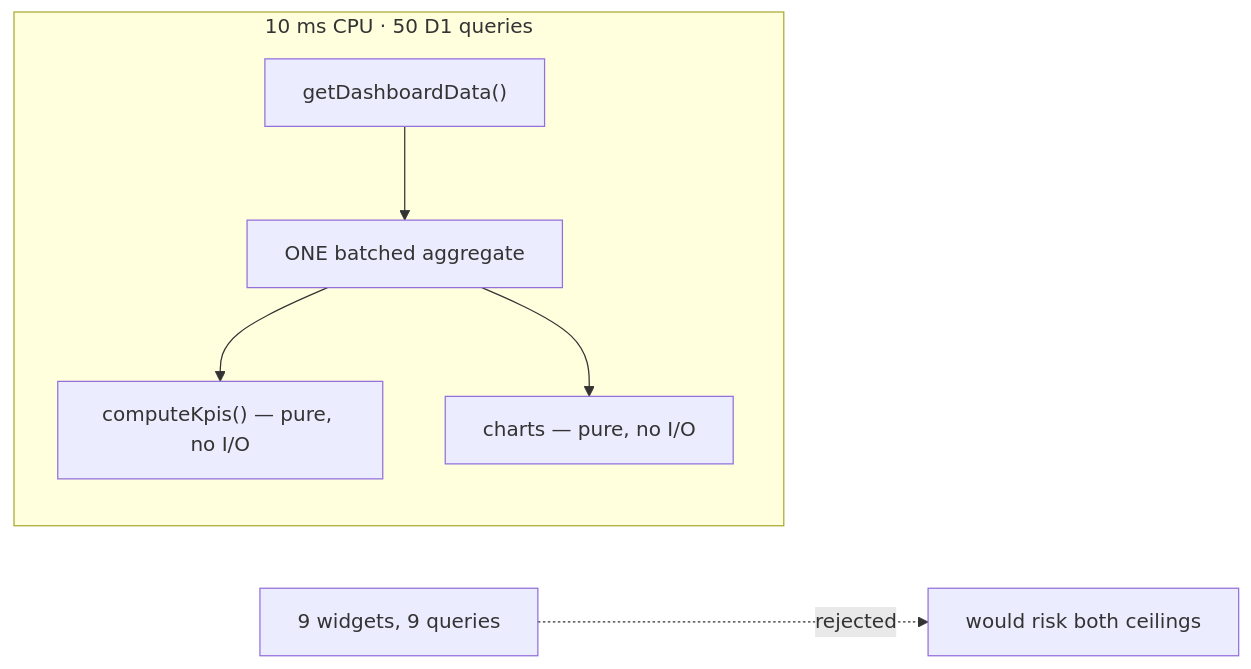
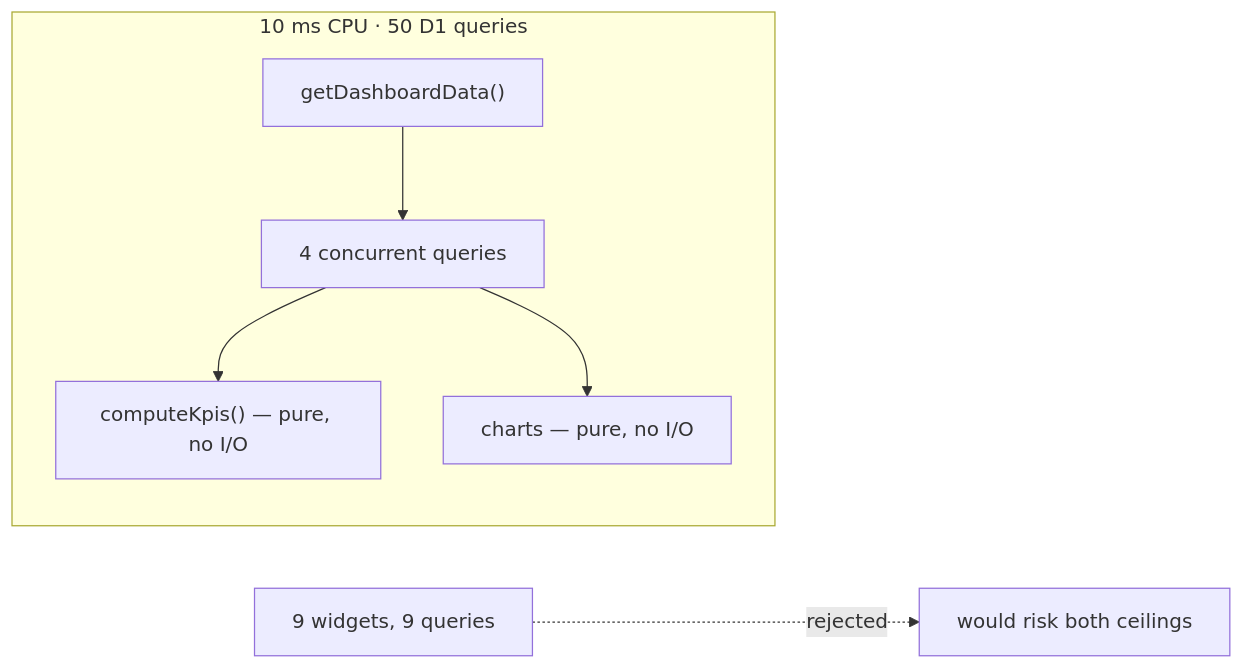
One commit to c0k0n/job-tracker changed the second of 5 diagrams in docs/free-tier-budget.md. Above: the diagram before and after it, drawn with Mermaid. The commit also changed other lines of this file and 16 other files, not shown here.

````diff
--- a/docs/free-tier-budget.md
+++ b/docs/free-tier-budget.md
@@ -51,10 +51,10 @@
 ```mermaid
 flowchart LR
     subgraph budget["10 ms CPU · 50 D1 queries"]
         direction TB
-        A["getDashboardData()"] --> B["ONE batched aggregate"]
+        A["getDashboardData()"] --> B["4 concurrent queries"]
         B --> C["computeKpis() — pure, no I/O"]
         B --> D["charts — pure, no I/O"]
     end
     E["9 widgets, 9 queries"] -.->|"rejected"| F["would risk both ceilings"]
 ```
````
